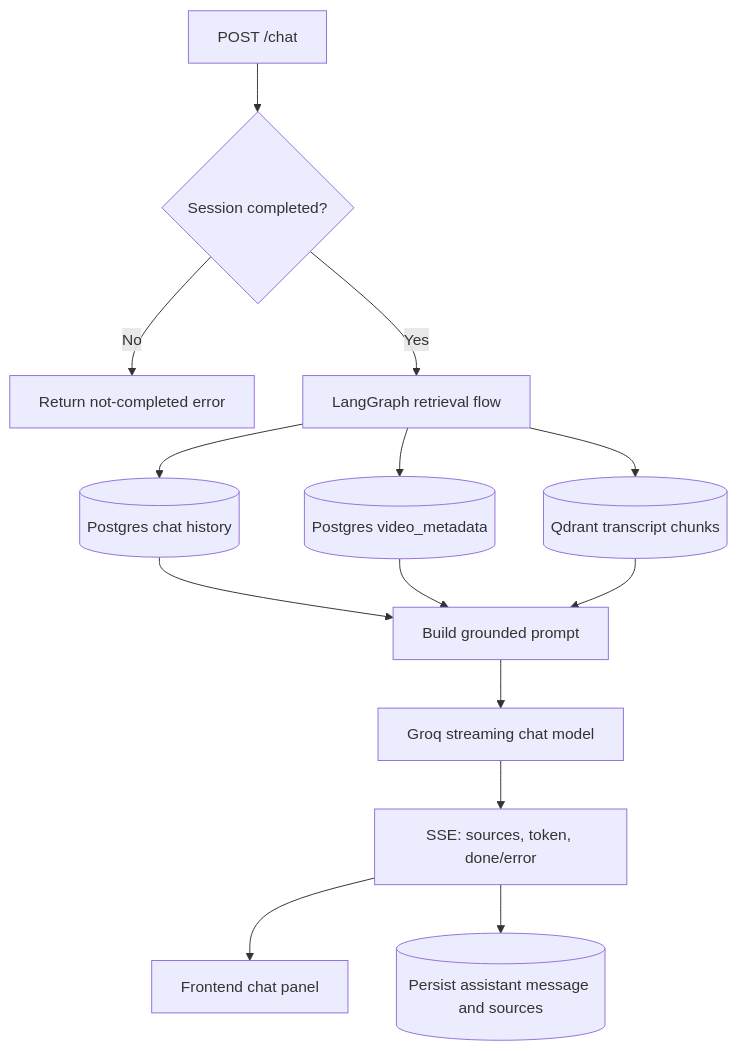
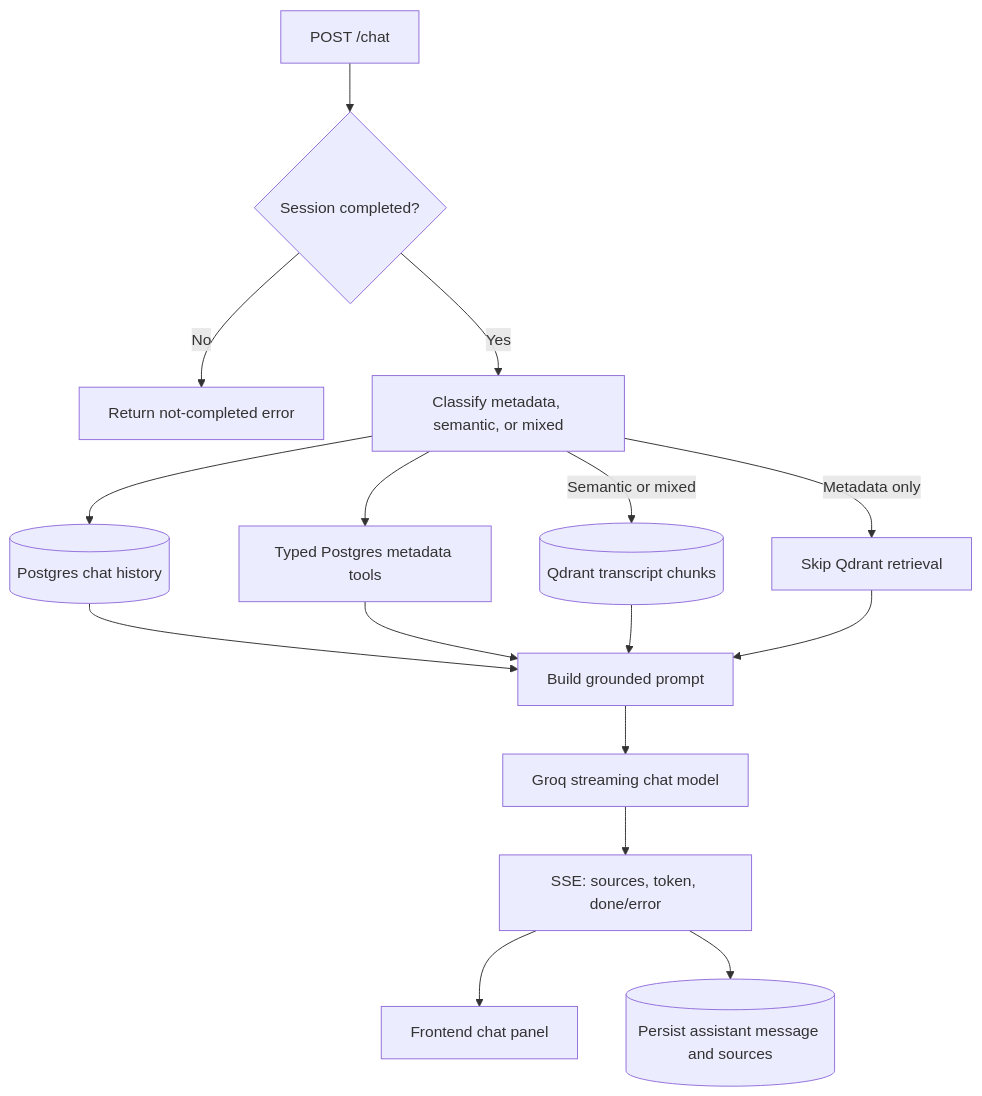
The fourth of 5 diagrams in docs/phase/phase-1.md (nirmaljb/CreatorGPT), drawn with Mermaid before and after one commit. The commit also changed other lines of this file and 15 other files, not shown here.

Commit message:
feat: implement query routing and Postgres-based metadata tools while uncapping YouTube caption ingestion.

````diff
--- a/docs/phase/phase-1.md
+++ b/docs/phase/phase-1.md
@@ -120,19 +122,21 @@
 ```mermaid
 flowchart TD
     UserQuestion[POST /chat] --> ReadyCheck{Session completed?}
     ReadyCheck -- No --> Reject[Return not-completed error]
-    ReadyCheck -- Yes --> Graph[LangGraph retrieval flow]
+    ReadyCheck -- Yes --> Route[Classify metadata, semantic, or mixed]
 
-    Graph --> History[(Postgres chat history)]
-    Graph --> Metadata[(Postgres video_metadata)]
-    Graph --> Chunks[(Qdrant transcript chunks)]
+    Route --> History[(Postgres chat history)]
+    Route --> MetadataTools[Typed Postgres metadata tools]
+    Route -- Semantic or mixed --> Chunks[(Qdrant transcript chunks)]
+    Route -- Metadata only --> NoChunks[Skip Qdrant retrieval]
 
     History --> Prompt[Build grounded prompt]
-    Metadata --> Prompt
+    MetadataTools --> Prompt
     Chunks --> Prompt
+    NoChunks --> Prompt
 
     Prompt --> Groq[Groq streaming chat model]
     Groq --> SSE[SSE: sources, token, done/error]
     SSE --> Frontend[Frontend chat panel]
     SSE --> Persist[(Persist assistant message and sources)]
 ```
````
